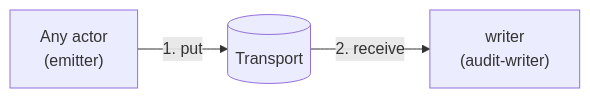
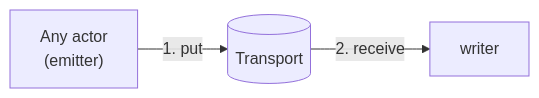
One commit to truvity/sluis changed the first of 2 diagrams in docs/concepts/audit.md. Above: the diagram before and after it, drawn with Mermaid. The commit also changed other lines of this file and 56 other files, not shown here.

````diff
--- a/docs/concepts/audit.md
+++ b/docs/concepts/audit.md
@@ -36,5 +38,5 @@
 ```mermaid
 flowchart LR
   P["Any actor<br/>(emitter)"] -->|"1. put"| T[("Transport")]
-  T -->|"2. receive"| W["writer<br/>(audit-writer)"]
+  T -->|"2. receive"| W["writer"]
 ```
````
